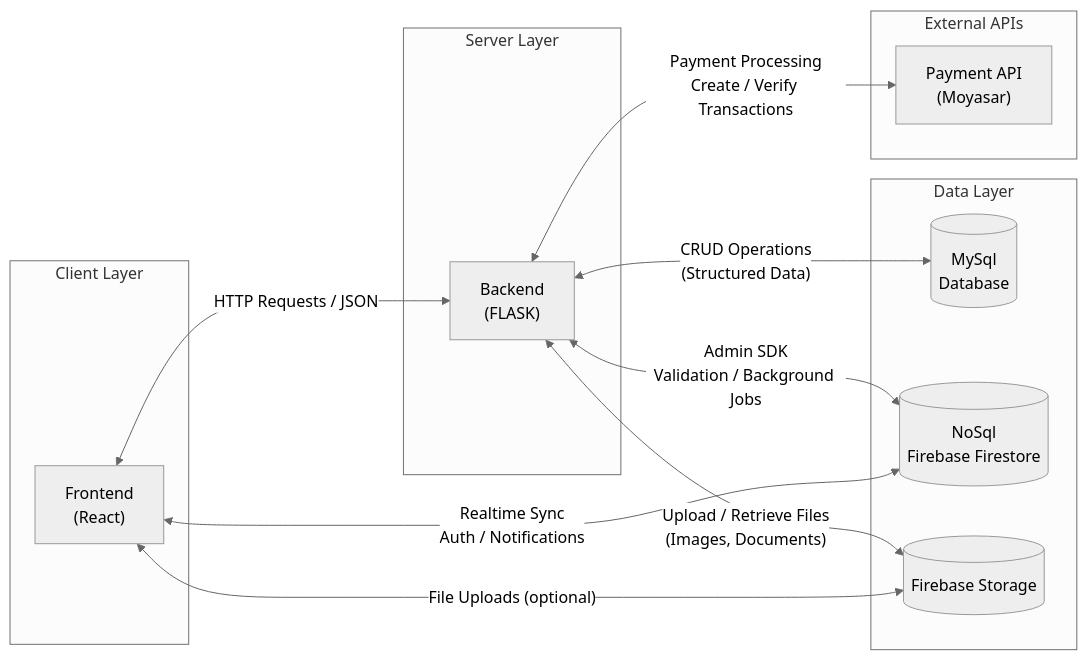
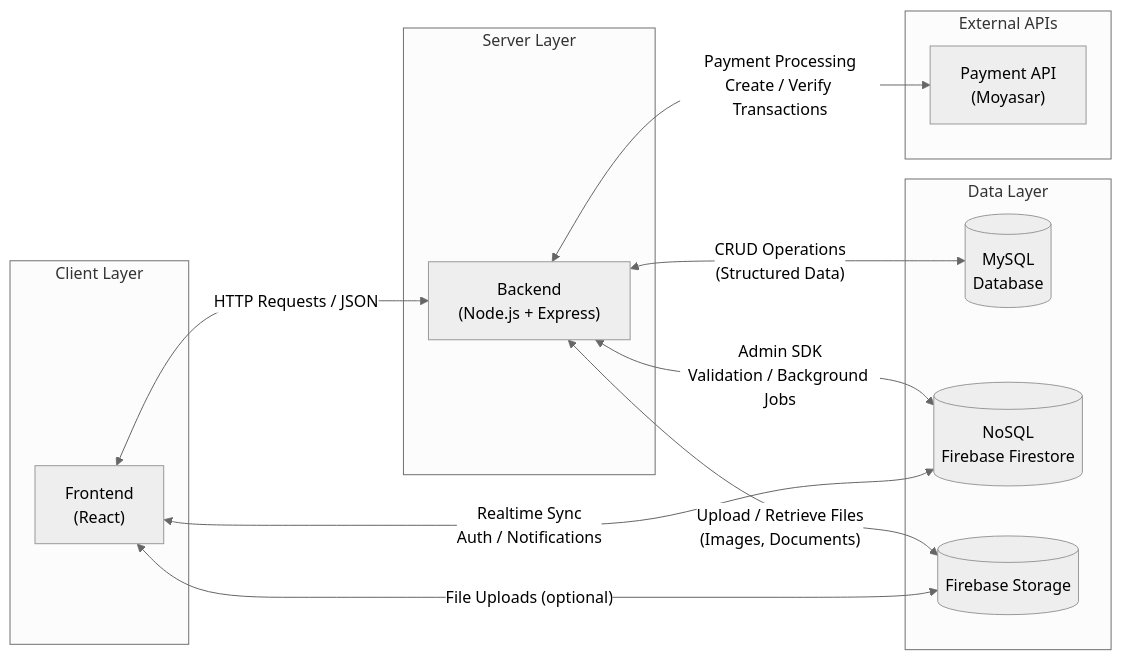
One commit to aziz5g-tech/holbertonschool-portfolio-project changed the first of 2 diagrams in Stage 3/high-level architecture diagram .md. Above: the diagram before and after it, drawn with Mermaid (neutral theme).

Commit message:
Update backend technology from FLASK to Node.js + Express

````diff
--- a/Stage 3/high-level architecture diagram .md
+++ b/Stage 3/high-level architecture diagram .md
@@ -4,41 +4,41 @@
 ```mermaid
 flowchart LR
     subgraph Client["Client Layer"]
         FE["Frontend<br/>(React)"]
     end
 
     subgraph Server["Server Layer"]
-        BE["Backend<br/>(FLASK)"]
+        BE["Backend<br/>(Node.js + Express)"]
     end
 
     subgraph Data["Data Layer"]
-        DB[(MySql<br/>Database)]
-        DB2[(NoSql<br/>Firebase Firestore)]
+        DB[(MySQL<br/>Database)]
+        DB2[(NoSQL<br/>Firebase Firestore)]
         FS[(Firebase Storage)]
     end
 
     subgraph External["External APIs"]
         MOYASAR["Payment API<br/>(Moyasar)"]
     end
 
     %% Client ↔ Backend
     FE <-->|"HTTP Requests / JSON"| BE
 
     %% Backend ↔ MySQL
     BE <-->|"CRUD Operations<br/>(Structured Data)"| DB
 
     %% Backend ↔ Firebase Firestore
     BE <-->|"Admin SDK<br/>Validation / Background Jobs"| DB2
 
     %% Backend ↔ Firebase Storage
     BE <-->|"Upload / Retrieve Files<br/>(Images, Documents)"| FS
 
     %% Client ↔ Firebase Firestore
     FE <-->|"Realtime Sync<br/>Auth / Notifications"| DB2
 
     %% Client ↔ Firebase Storage (optional direct upload)
     FE <-->|"File Uploads (optional)"| FS
 
     %% Backend ↔ Payment Gateway
     BE <-->|"Payment Processing<br/>Create / Verify Transactions"| MOYASAR
 ```
````
